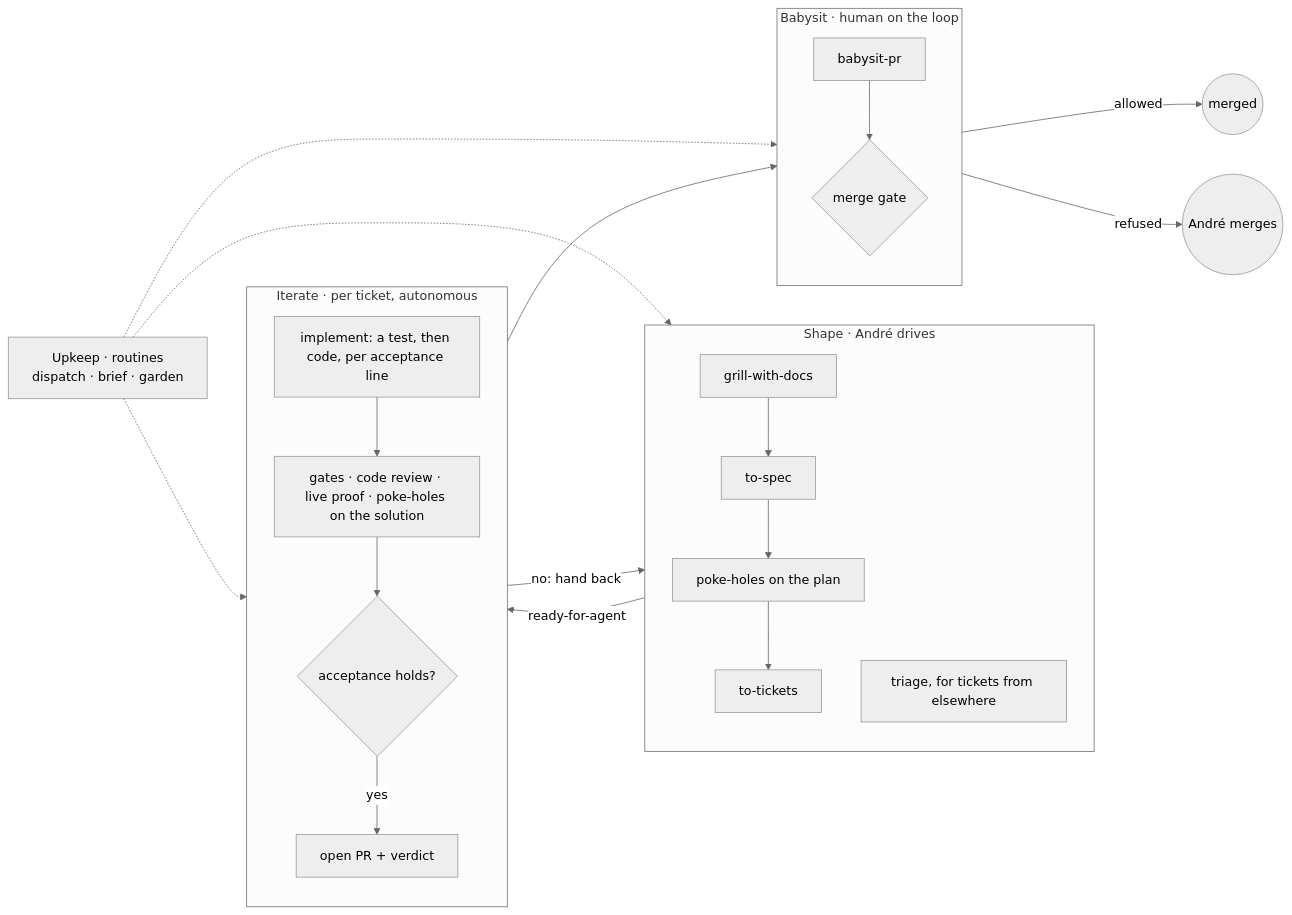
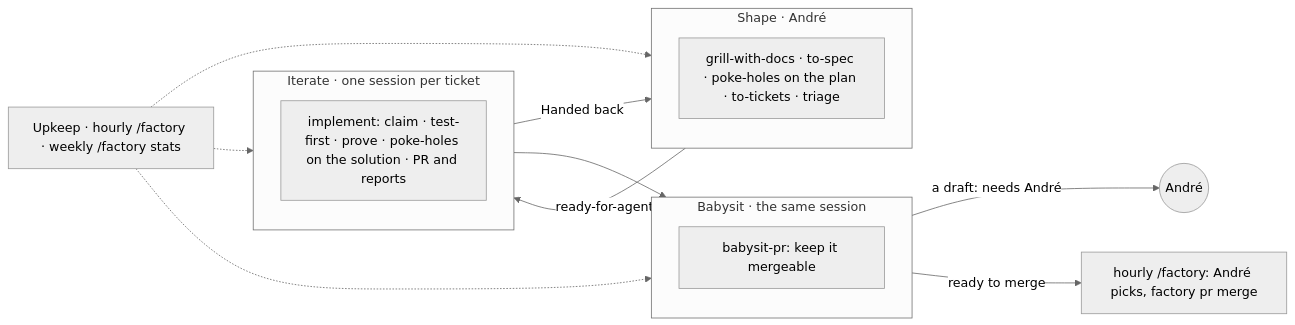
Before and after one commit to andrezzoid/config: the first of 2 diagrams in docs/factory/DESIGN.md, drawn with Mermaid (neutral theme). The commit also changed other lines of this file and 3 other files, not shown here.

````diff
--- a/docs/factory/DESIGN.md
+++ b/docs/factory/DESIGN.md
@@ -12,25 +21,20 @@
 ```mermaid
 flowchart LR
-  subgraph Shape["Shape · André drives"]
-    direction TB
-    G[grill-with-docs] --> S[to-spec] --> P1[poke-holes on the plan] --> T[to-tickets]
-    TR[triage, for tickets from elsewhere]
+  subgraph Shape["Shape · André"]
+    S[grill-with-docs · to-spec · poke-holes on the plan · to-tickets · triage]
   end
-  subgraph Iterate["Iterate · per ticket, autonomous"]
-    direction TB
-    I[implement: a test, then code, per acceptance line] --> V[gates · code review · live proof · poke-holes on the solution] --> D{acceptance holds?}
-    D -- yes --> PR[open PR + verdict]
+  subgraph Iterate["Iterate · one session per ticket"]
+    I[implement: claim · test-first · prove · poke-holes on the solution · PR and reports]
   end
-  subgraph Babysit["Babysit · human on the loop"]
-    direction TB
-    B[babysit-pr] --> M{merge gate}
+  subgraph Babysit["Babysit · the same session"]
+    B[babysit-pr: keep it mergeable]
   end
   Shape -- "ready-for-agent" --> Iterate
-  D -- "no: hand back" --> Shape
-  PR --> Babysit
-  M -- "allowed" --> Merged((merged))
-  M -- "refused" --> Human((André merges))
-  Upkeep["Upkeep · routines<br/>dispatch · brief · garden"] -.-> Shape
-  Upkeep -.-> Iterate
-  Upkeep -.-> Babysit
+  Iterate -- "Handed back" --> Shape
+  Iterate --> Babysit
+  Babysit -- "a draft: needs André" --> A((André))
+  Babysit -- "ready to merge" --> M["hourly /factory: André picks, factory pr merge"]
+  U["Upkeep · hourly /factory · weekly /factory stats"] -.-> Shape
+  U -.-> Iterate
+  U -.-> Babysit
 ```
````
